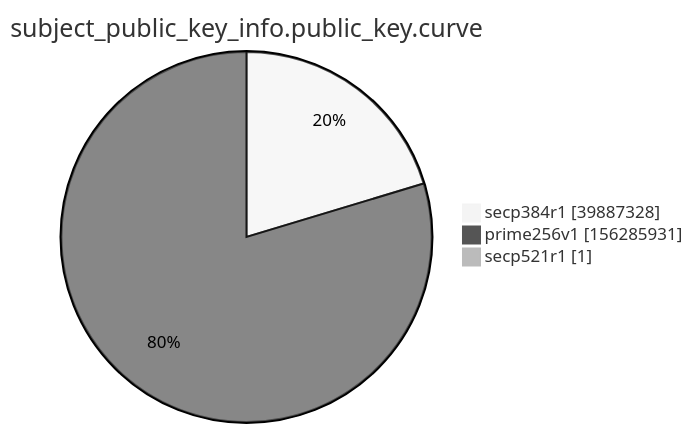
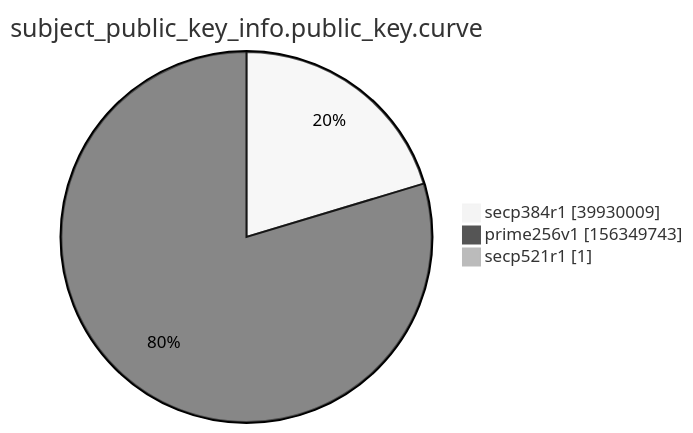
Before and after one commit to christiankrug/ctmonitor_visualization: the ninth of 15 diagrams in xenon2022/README.md, drawn with Mermaid (neutral theme). The commit also changed other lines of this file, not shown here.

````diff
--- a/xenon2022/README.md
+++ b/xenon2022/README.md
@@ -2866,7 +2866,7 @@
 ```mermaid
 pie showData
 title subject_public_key_info.public_key.curve
-"secp384r1" :39887328
-"prime256v1" :156285931
+"secp384r1" :39930009
+"prime256v1" :156349743
 "secp521r1" :1
 ```
````
